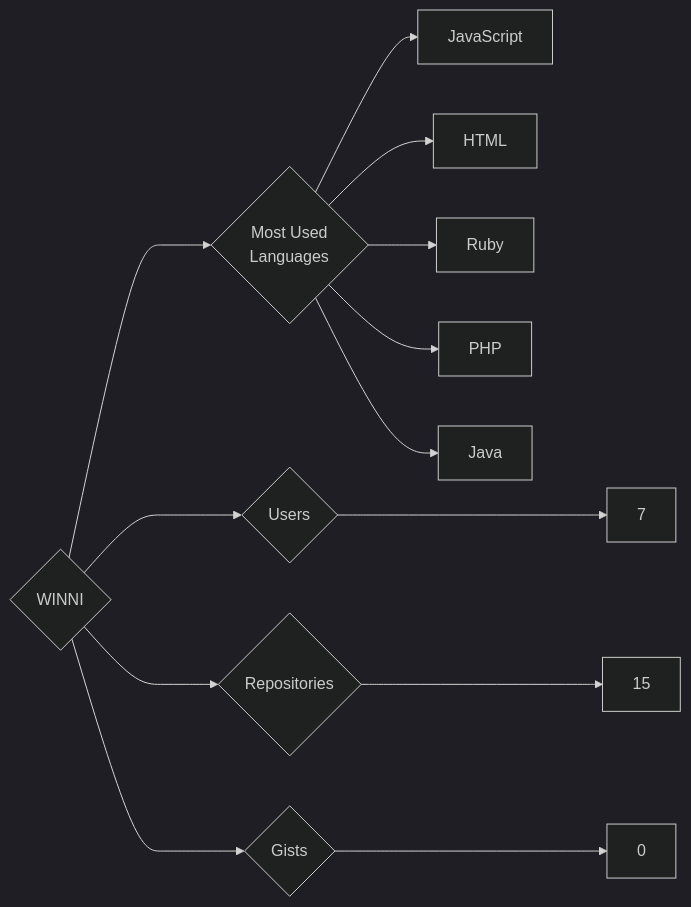
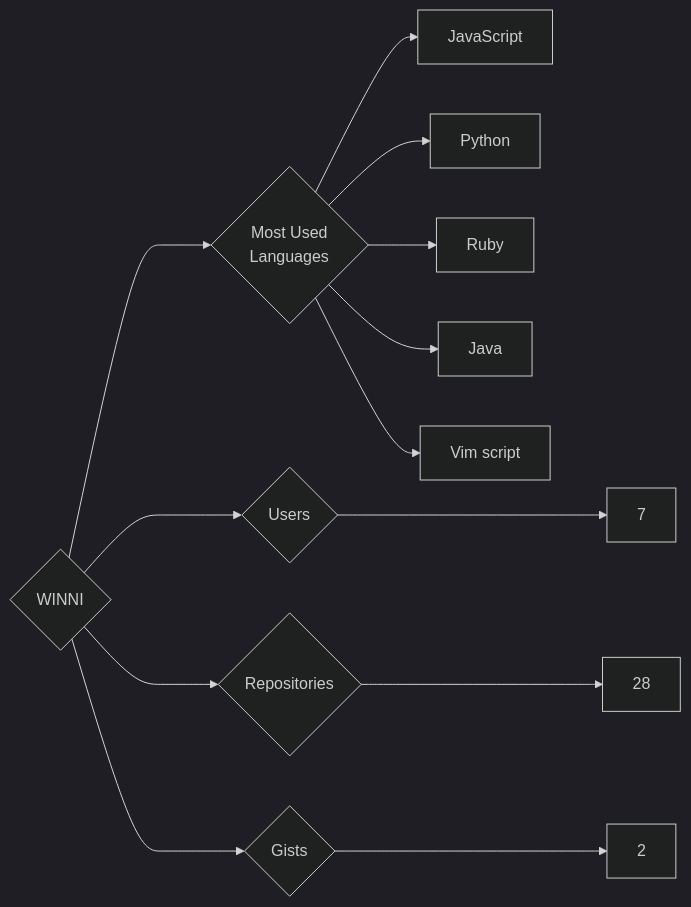
The diagram in targets/WINNI/README.md (trickest/insiders), drawn with Mermaid (dark theme) before and after one commit. The commit also changed 940 other files, not shown here.

````diff
--- a/targets/WINNI/README.md
+++ b/targets/WINNI/README.md
@@ -3,13 +3,13 @@
 ```mermaid
 graph LR
 COMPANY_NAME{WINNI}
 COMPANY_NAME ---> U{Users} ---> UN[7]
-COMPANY_NAME ---> R{Repositories} ---> RN[15]
-COMPANY_NAME ---> G{Gists} ---> GN[0]
+COMPANY_NAME ---> R{Repositories} ---> RN[28]
+COMPANY_NAME ---> G{Gists} ---> GN[2]
 COMPANY_NAME ---> ML{Most Used<br>Languages}
 ML --> JavaScript[JavaScript]
-ML --> HTML[HTML]
+ML --> Python[Python]
 ML --> Ruby[Ruby]
-ML --> PHP[PHP]
 ML --> Java[Java]
+ML --> Vim_script[Vim script]
 ```
````
